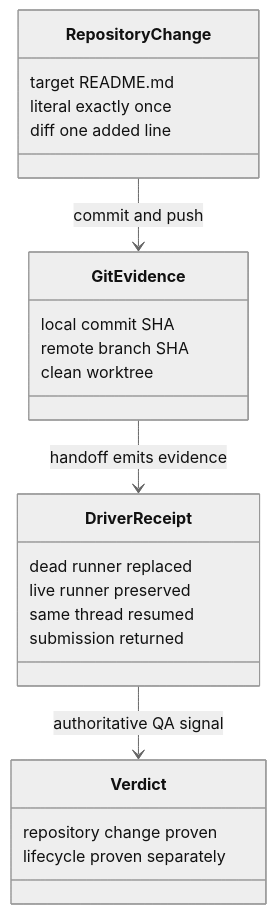
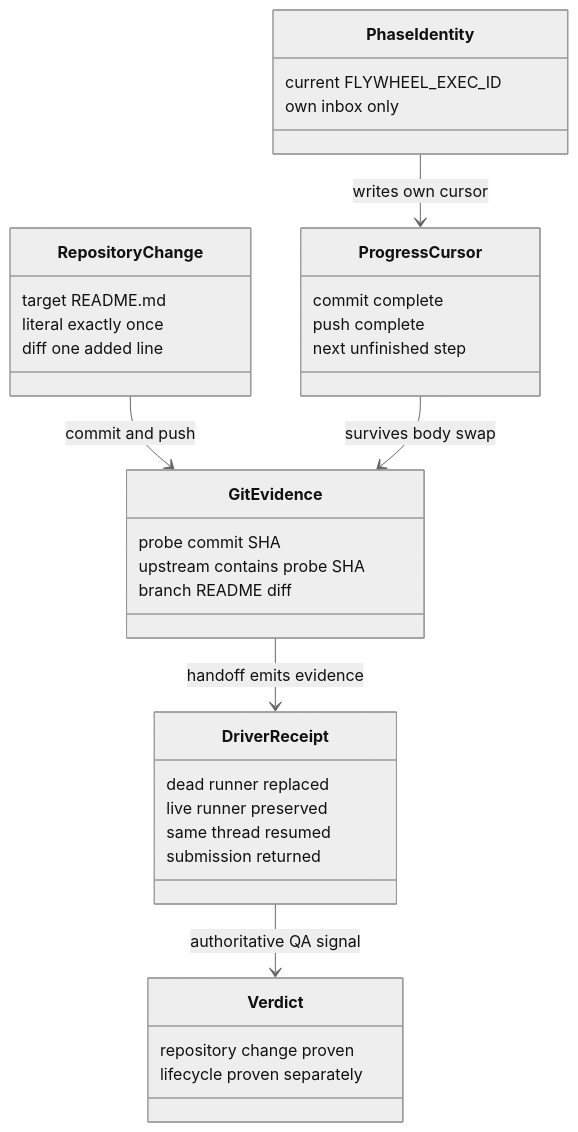
Before and after one commit to xrliAnnie/flywheel-qa-sandbox: the diagram in engineering/doc/FLY-3029-claude-n-to-n-probe/evidence-model.mmd, drawn with Mermaid (neutral theme). The commit also changed 6 other files, not shown here.

```diff
--- a/engineering/doc/FLY-3029-claude-n-to-n-probe/evidence-model.mmd
+++ b/engineering/doc/FLY-3029-claude-n-to-n-probe/evidence-model.mmd
@@ -1,24 +1,35 @@
 classDiagram
     class RepositoryChange {
       target README.md
       literal exactly once
       diff one added line
     }
     class GitEvidence {
-      local commit SHA
-      remote branch SHA
-      clean worktree
+      probe commit SHA
+      upstream contains probe SHA
+      branch README diff
+    }
+    class PhaseIdentity {
+      current FLYWHEEL_EXEC_ID
+      own inbox only
+    }
+    class ProgressCursor {
+      commit complete
+      push complete
+      next unfinished step
     }
     class DriverReceipt {
       dead runner replaced
       live runner preserved
       same thread resumed
       submission returned
     }
     class Verdict {
       repository change proven
       lifecycle proven separately
     }
     RepositoryChange --> GitEvidence : commit and push
+    PhaseIdentity --> ProgressCursor : writes own cursor
+    ProgressCursor --> GitEvidence : survives body swap
     GitEvidence --> DriverReceipt : handoff emits evidence
     DriverReceipt --> Verdict : authoritative QA signal
```
